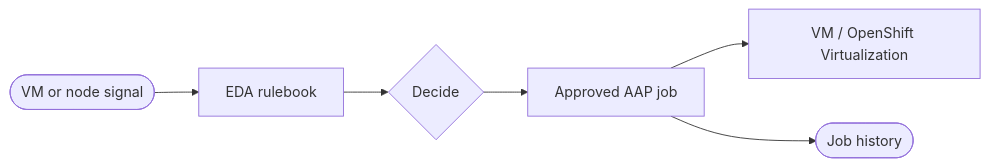
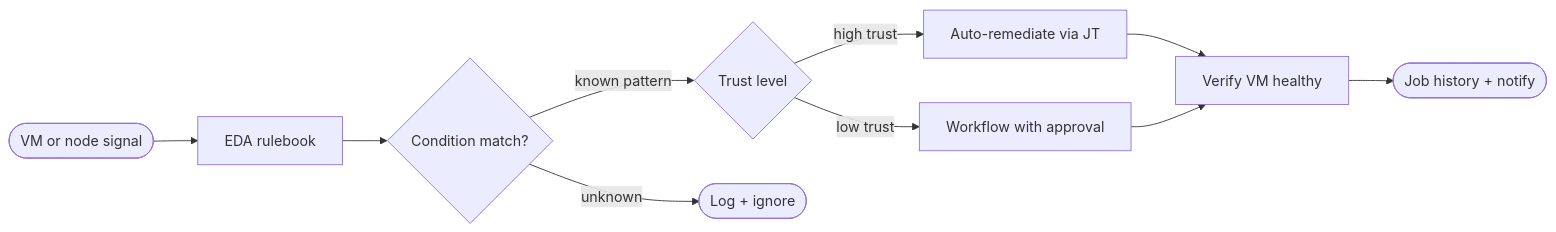
The second of 3 diagrams in README-Virtualization-Use-Case-09-Event-Driven-Remediation.md (ansible-tmm/solution-guides), drawn with Mermaid before and after one commit. The commit also changed other lines of this file and 9 other files, not shown here.

````diff
--- a/README-Virtualization-Use-Case-09-Event-Driven-Remediation.md
+++ b/README-Virtualization-Use-Case-09-Event-Driven-Remediation.md
@@ -52,8 +112,12 @@
 ```mermaid
 graph LR
   Event([VM or node signal]) --> EDA[EDA rulebook]
-  EDA --> Decide{Decide}
-  Decide --> JT[Approved AAP job]
-  JT --> VM[VM / OpenShift Virtualization]
-  JT --> Audit([Job history])
+  EDA --> Match{Condition match?}
+  Match -->|known pattern| Decide{Trust level}
+  Match -->|unknown| Log([Log + ignore])
+  Decide -->|high trust| Auto[Auto-remediate via JT]
+  Decide -->|low trust| Approve[Workflow with approval]
+  Auto --> Verify[Verify VM healthy]
+  Approve --> Verify
+  Verify --> Audit([Job history + notify])
 ```
````
